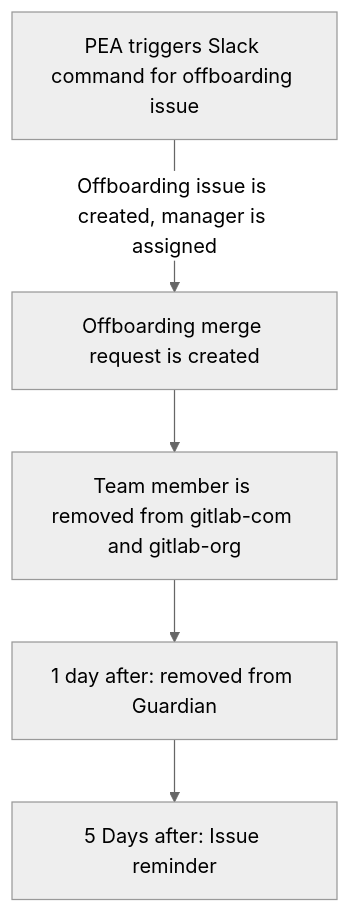
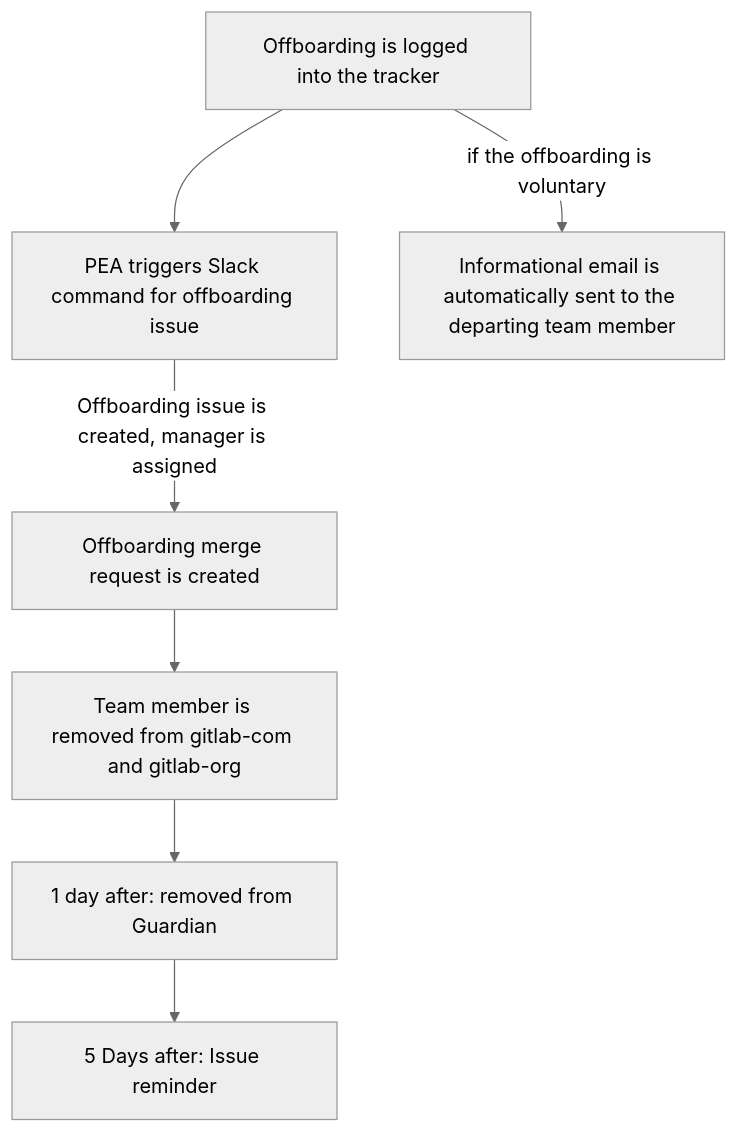
One commit to secretstartups/handbook changed the diagram in people-group/engineering/offboarding/index.html.md. Above: the diagram before and after it, drawn with Mermaid (neutral theme).

Commit message:
Update mermaid diagram

````diff
--- a/people-group/engineering/offboarding/index.html.md
+++ b/people-group/engineering/offboarding/index.html.md
@@ -21,8 +21,11 @@
 ```mermaid
 graph TD
-  A[PEA triggers Slack command for offboarding issue] -->|Offboarding issue is created, manager is assigned| B
-  B[Offboarding merge request is created] --> C
-  C[Team member is removed from gitlab-com and gitlab-org] --> D
-  D[1 day after: removed from Guardian] --> E
-  E[5 Days after: Issue reminder]
+  A[Offboarding is logged into the tracker] --> B
+  A --> |if the offboarding is voluntary| G
+  B[PEA triggers Slack command for offboarding issue] -->|Offboarding issue is created, manager is assigned| C
+  C[Offboarding merge request is created] --> D
+  D[Team member is removed from gitlab-com and gitlab-org] --> E
+  E[1 day after: removed from Guardian] --> F
+  F[5 Days after: Issue reminder]
+  G[Informational email is automatically sent to the departing team member]
 ```
````
